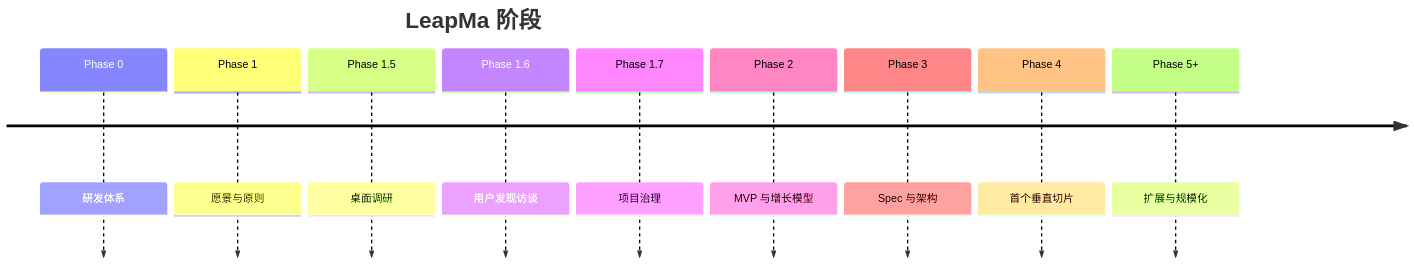
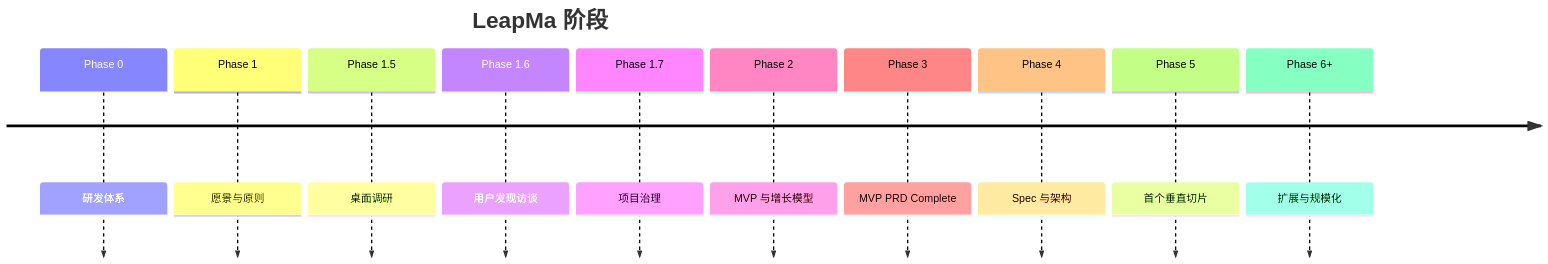
The diagram in docs/00_Project/Roadmap.md (LeapMaCoder/ai-engineer-os), drawn with Mermaid before and after one commit. The commit also changed other lines of this file and 12 other files, not shown here.

Commit message:
docs: define LeapMa MVP problem and PRD

````diff
--- a/docs/00_Project/Roadmap.md
+++ b/docs/00_Project/Roadmap.md
@@ -19,13 +19,14 @@
 ```mermaid
 timeline
   title LeapMa 阶段
   Phase 0 : 研发体系
   Phase 1 : 愿景与原则
   Phase 1.5 : 桌面调研
   Phase 1.6 : 用户发现访谈
   Phase 1.7 : 项目治理
   Phase 2 : MVP 与增长模型
-  Phase 3 : Spec 与架构
-  Phase 4 : 首个垂直切片
-  Phase 5+ : 扩展与规模化
+  Phase 3 : MVP PRD Complete
+  Phase 4 : Spec 与架构
+  Phase 5 : 首个垂直切片
+  Phase 6+ : 扩展与规模化
 ```
````
